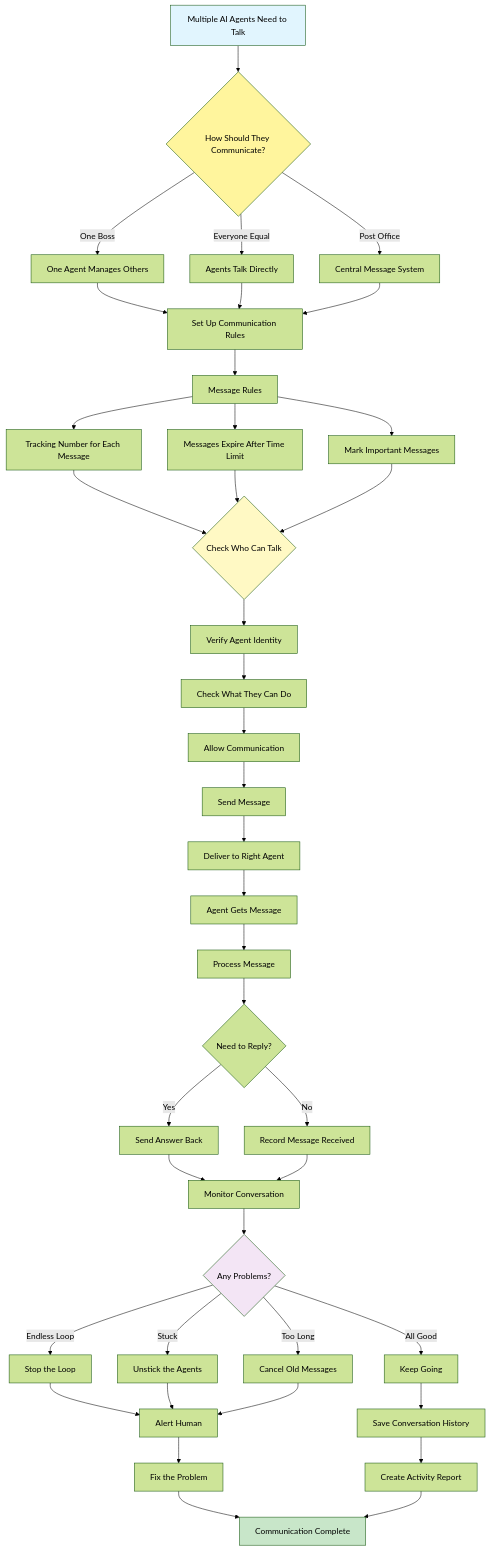
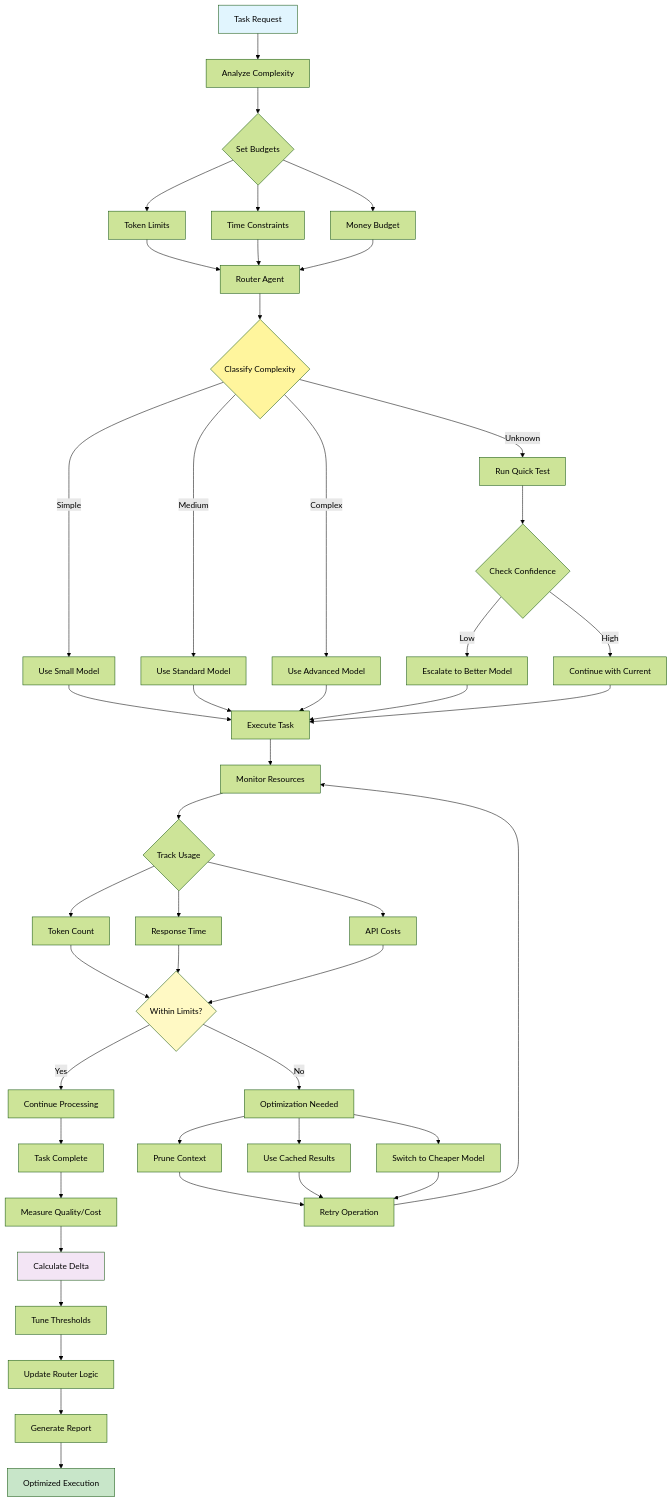
One commit to Adrian-patrick/agentic-ai-design-patterns changed the diagram in diagram.mmd. Above: the diagram before and after it, drawn with Mermaid (forest theme). The commit also changed 11 other files, not shown here.

```diff
--- a/diagram.mmd
+++ b/diagram.mmd
@@ -1,61 +1,71 @@
 graph TD
-    Start[Multiple AI Agents Need to Talk] --> Choose{How Should They Communicate?}
+    Start[Task Request] --> Analyze[Analyze Complexity]
     
-    Choose -->|One Boss| Manager[One Agent Manages Others]
-    Choose -->|Everyone Equal| Direct[Agents Talk Directly]
-    Choose -->|Post Office| Mailbox[Central Message System]
+    Analyze --> Budget{Set Budgets}
     
-    Manager --> Setup[Set Up Communication Rules]
-    Direct --> Setup
-    Mailbox --> Setup
+    Budget --> Token[Token Limits]
+    Budget --> Time[Time Constraints]
+    Budget --> Cost[Money Budget]
     
-    Setup --> Rules[Message Rules]
-    Rules --> Track[Tracking Number for Each Message]
-    Rules --> Expire[Messages Expire After Time Limit]
-    Rules --> Important[Mark Important Messages]
+    Token --> Router[Router Agent]
+    Time --> Router
+    Cost --> Router
     
-    Track --> Check{Check Who Can Talk}
-    Expire --> Check
-    Important --> Check
+    Router --> Classify{Classify Complexity}
     
-    Check --> Verify[Verify Agent Identity]
-    Verify --> Permission[Check What They Can Do]
-    Permission --> Allow[Allow Communication]
+    Classify -->|Simple| Cheap[Use Small Model]
+    Classify -->|Medium| Standard[Use Standard Model]
+    Classify -->|Complex| Premium[Use Advanced Model]
+    Classify -->|Unknown| Test[Run Quick Test]
     
-    Allow --> Send[Send Message]
-    Send --> Deliver[Deliver to Right Agent]
+    Test --> Confidence{Check Confidence}
     
-    Deliver --> Receive[Agent Gets Message]
-    Receive --> Process[Process Message]
+    Confidence -->|Low| Escalate[Escalate to Better Model]
+    Confidence -->|High| Proceed[Continue with Current]
     
-    Process --> Reply{Need to Reply?}
+    Cheap --> Execute[Execute Task]
+    Standard --> Execute
+    Premium --> Execute
+    Escalate --> Execute
+    Proceed --> Execute
     
-    Reply -->|Yes| Answer[Send Answer Back]
-    Reply -->|No| Log[Record Message Received]
+    Execute --> Monitor[Monitor Resources]
     
-    Answer --> Watch[Monitor Conversation]
-    Log --> Watch
+    Monitor --> Track{Track Usage}
     
-    Watch --> Problems{Any Problems?}
+    Track --> Tokens[Token Count]
+    Track --> Latency[Response Time]
+    Track --> Costs[API Costs]
     
-    Problems -->|Endless Loop| Stop[Stop the Loop]
-    Problems -->|Stuck| Fix[Unstick the Agents]
-    Problems -->|Too Long| Timeout[Cancel Old Messages]
-    Problems -->|All Good| Continue[Keep Going]
+    Tokens --> Check{Within Limits?}
+    Latency --> Check
+    Costs --> Check
     
-    Stop --> Alert[Alert Human]
-    Fix --> Alert
-    Timeout --> Alert
-    Continue --> Record[Save Conversation History]
+    Check -->|Yes| Continue[Continue Processing]
+    Check -->|No| Optimize[Optimization Needed]
     
-    Alert --> Recover[Fix the Problem]
-    Record --> Report[Create Activity Report]
+    Optimize --> Prune[Prune Context]
+    Optimize --> Cache[Use Cached Results]
+    Optimize --> Downgrade[Switch to Cheaper Model]
     
-    Recover --> End[Communication Complete]
-    Report --> End
+    Prune --> Retry[Retry Operation]
+    Cache --> Retry
+    Downgrade --> Retry
+    
+    Continue --> Complete[Task Complete]
+    Retry --> Monitor
+    
+    Complete --> Measure[Measure Quality/Cost]
+    Measure --> Delta[Calculate Delta]
+    
+    Delta --> Tune[Tune Thresholds]
+    Tune --> Learn[Update Router Logic]
+    
+    Learn --> Report[Generate Report]
+    Report --> End[Optimized Execution]
 
     style Start fill:#e1f5fe
-    style Choose fill:#fff59d
+    style Classify fill:#fff59d
     style Check fill:#fff9c4
-    style Problems fill:#f3e5f5
+    style Delta fill:#f3e5f5
     style End fill:#c8e6c9
```
